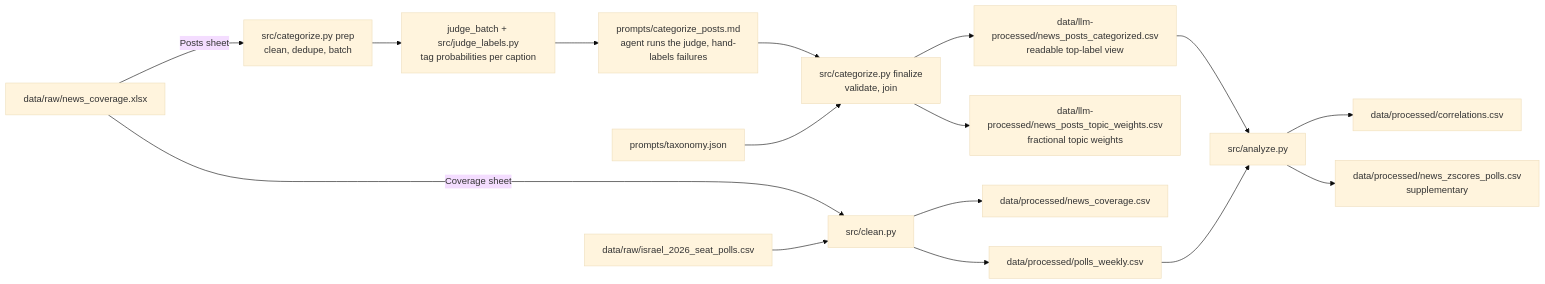
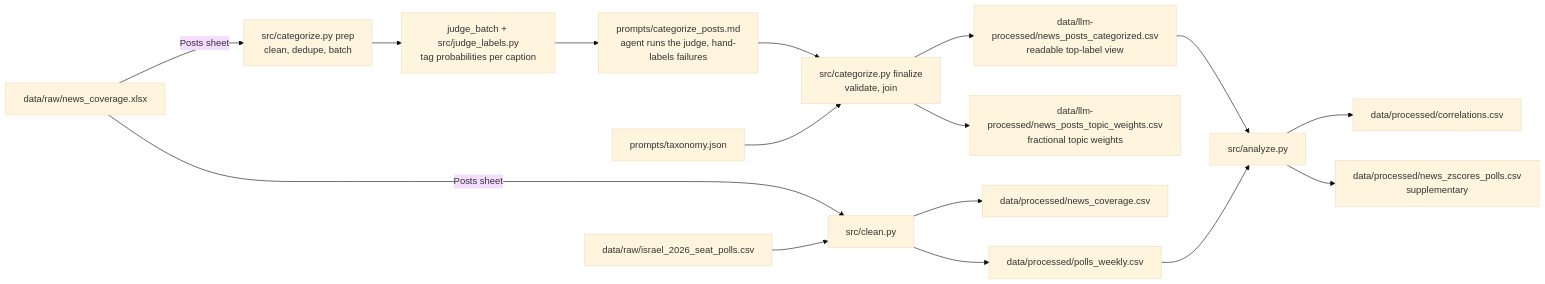
One commit to asfuna/news-polls-correlation changed the diagram in README.md. Above: the diagram before and after it, drawn with Mermaid (base theme). The commit also changed other lines of this file and 9 other files, not shown here.

````diff
--- a/README.md
+++ b/README.md
@@ -18,18 +18,18 @@
 ```mermaid
 flowchart LR
   WORKBOOK["data/raw/news_coverage.xlsx"] -->|Posts sheet| PREP["src/categorize.py prep<br/>clean, dedupe, batch"]
   PREP --> JUDGE["judge_batch + src/judge_labels.py<br/>tag probabilities per caption"]
   JUDGE --> PROMPT["prompts/categorize_posts.md<br/>agent runs the judge, hand-labels failures"]
   PROMPT --> FINALIZE["src/categorize.py finalize<br/>validate, join"]
   TAXONOMY["prompts/taxonomy.json"] --> FINALIZE
   FINALIZE --> CATEGORIZED["data/llm-processed/news_posts_categorized.csv<br/>readable top-label view"]
   FINALIZE --> WEIGHTS["data/llm-processed/news_posts_topic_weights.csv<br/>fractional topic weights"]
-  WORKBOOK -->|Coverage sheet| CLEAN
+  WORKBOOK -->|Posts sheet| CLEAN
   POLLS["data/raw/israel_2026_seat_polls.csv"] --> CLEAN["src/clean.py"]
   CLEAN --> COVERAGE["data/processed/news_coverage.csv"]
   CLEAN --> WEEKLY_POLLS["data/processed/polls_weekly.csv"]
   CATEGORIZED --> ANALYZE["src/analyze.py"]
   WEEKLY_POLLS --> ANALYZE
   ANALYZE --> CORRELATIONS["data/processed/correlations.csv"]
   ANALYZE --> ZSCORES["data/processed/news_zscores_polls.csv<br/>supplementary"]
 ```
````
